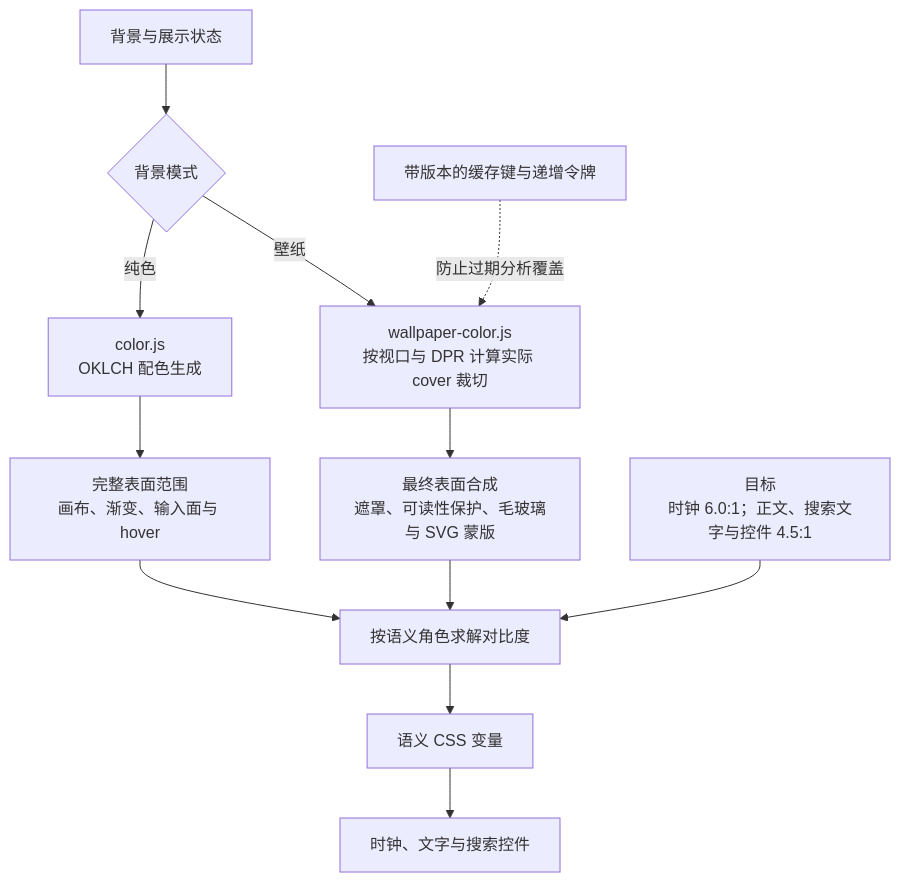
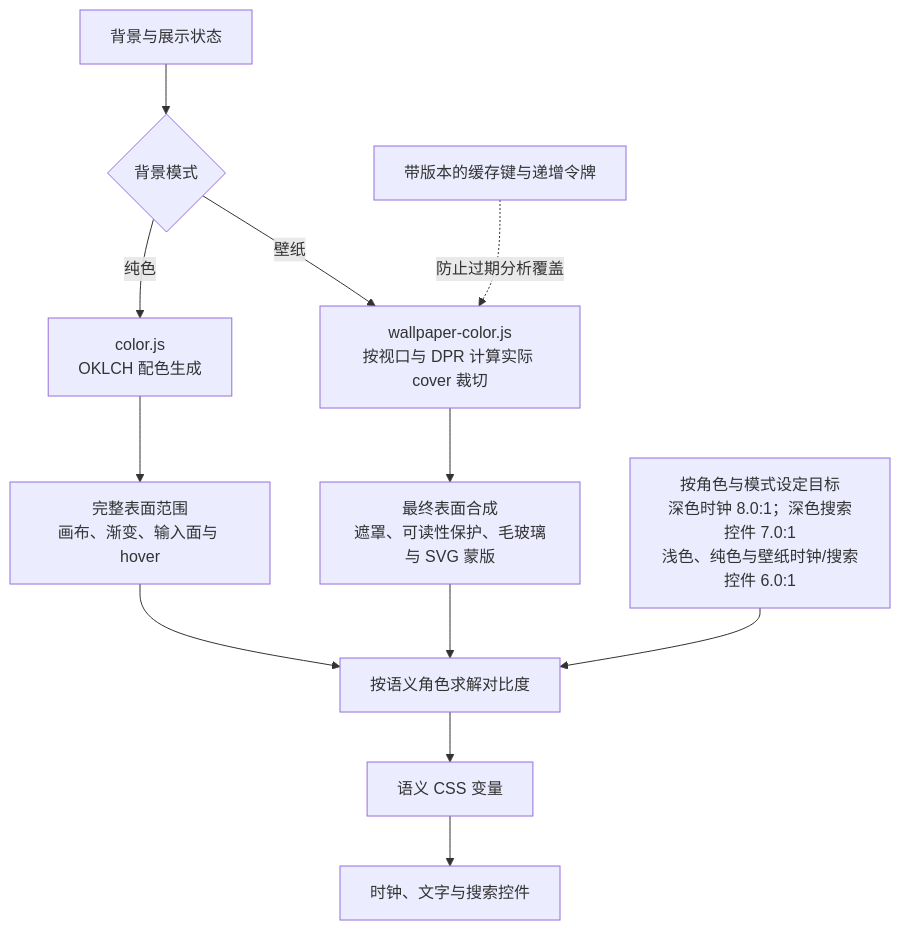
One commit to Un1quer23/WillowTab changed the diagram in README.zh-CN.md. Above: the diagram before and after it, drawn with Mermaid. The commit also changed other lines of this file and 14 other files, not shown here.

````diff
--- a/README.zh-CN.md
+++ b/README.zh-CN.md
@@ -40,14 +40,14 @@
 ```mermaid
 flowchart TD
     A["背景与展示状态"] --> B{"背景模式"}
     B -->|纯色| C["color.js<br/>OKLCH 配色生成"]
     C --> D["完整表面范围<br/>画布、渐变、输入面与 hover"]
     B -->|壁纸| E["wallpaper-color.js<br/>按视口与 DPR 计算实际 cover 裁切"]
     E --> F["最终表面合成<br/>遮罩、可读性保护、毛玻璃与 SVG 蒙版"]
     D --> G["按语义角色求解对比度"]
     F --> G
-    H["目标<br/>时钟 6.0:1；正文、搜索文字与控件 4.5:1"] --> G
+    H["按角色与模式设定目标<br/>深色时钟 8.0:1；深色搜索控件 7.0:1<br/>浅色、纯色与壁纸时钟/搜索控件 6.0:1"] --> G
     G --> I["语义 CSS 变量"]
     I --> J["时钟、文字与搜索控件"]
     K["带版本的缓存键与递增令牌"] -. 防止过期分析覆盖 .-> E
 ```
````
